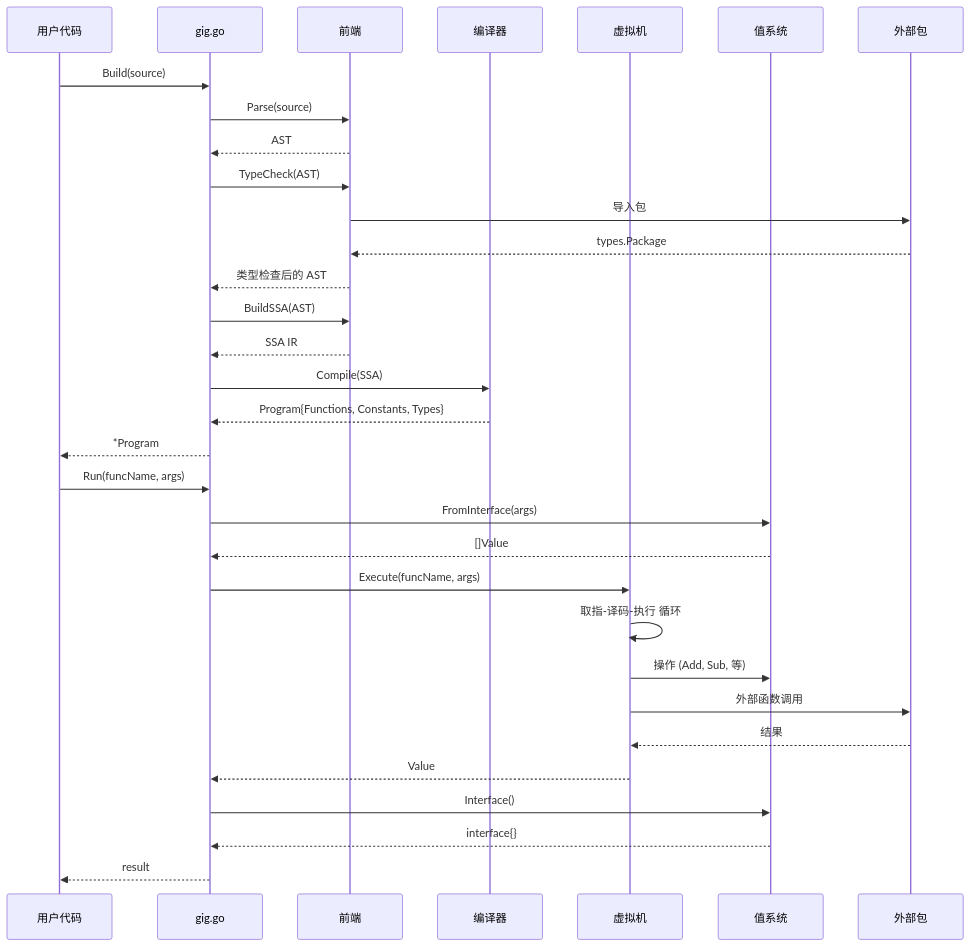
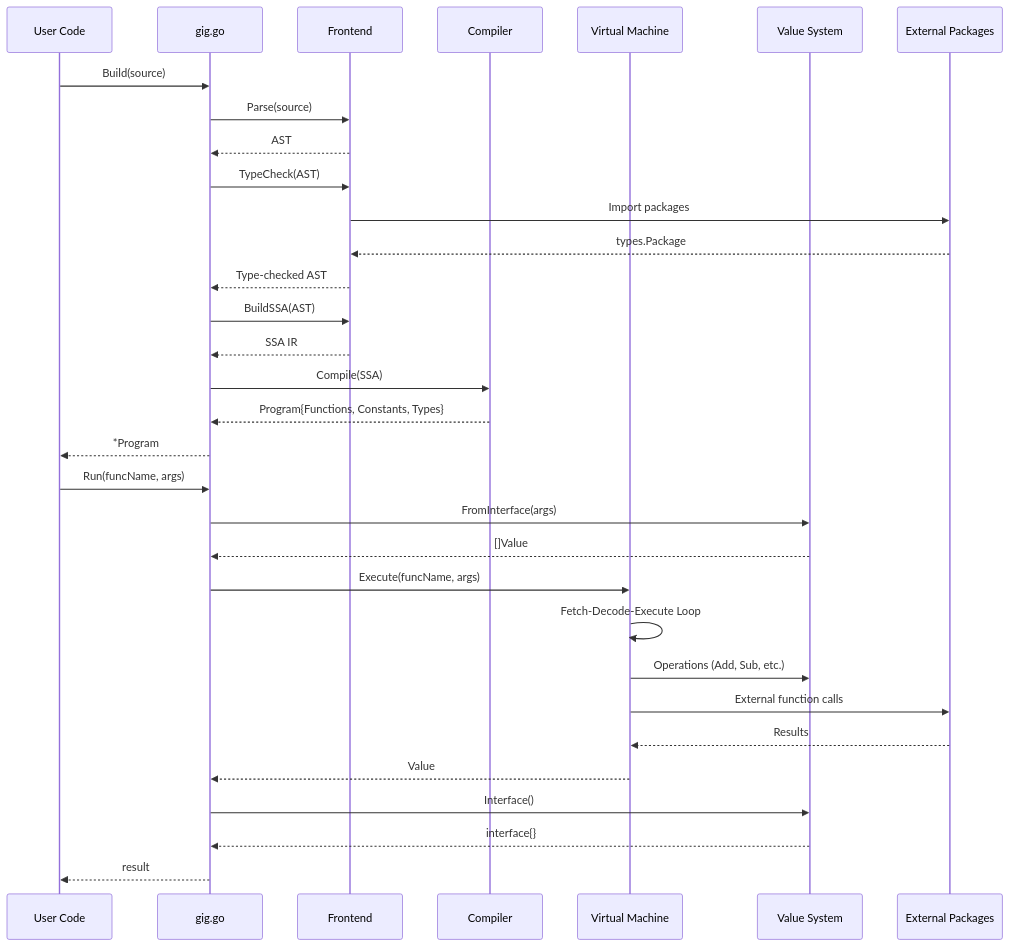
Before and after one commit to t04dJ14n9/gig: the third of 7 diagrams in README.md, drawn with Mermaid. The commit also changed other lines of this file and 2 other files, not shown here.

````diff
--- a/README.md
+++ b/README.md
@@ -470,36 +470,36 @@
 ```mermaid
 sequenceDiagram
-    participant User as 用户代码
+    participant User as User Code
     participant Gig as gig.go
-    participant Frontend as 前端
-    participant Comp as 编译器
-    participant VM as 虚拟机
-    participant Value as 值系统
-    participant Ext as 外部包
+    participant Frontend as Frontend
+    participant Comp as Compiler
+    participant VM as Virtual Machine
+    participant Value as Value System
+    participant Ext as External Packages
     
     User->>Gig: Build(source)
     Gig->>Frontend: Parse(source)
     Frontend-->>Gig: AST
     Gig->>Frontend: TypeCheck(AST)
-    Frontend->>Ext: 导入包
+    Frontend->>Ext: Import packages
     Ext-->>Frontend: types.Package
-    Frontend-->>Gig: 类型检查后的 AST
+    Frontend-->>Gig: Type-checked AST
     Gig->>Frontend: BuildSSA(AST)
     Frontend-->>Gig: SSA IR
     Gig->>Comp: Compile(SSA)
     Comp-->>Gig: Program{Functions, Constants, Types}
     Gig-->>User: *Program
     
     User->>Gig: Run(funcName, args)
     Gig->>Value: FromInterface(args)
     Value-->>Gig: []Value
     Gig->>VM: Execute(funcName, args)
-    VM->>VM: 取指-译码-执行 循环
-    VM->>Value: 操作 (Add, Sub, 等)
-    VM->>Ext: 外部函数调用
-    Ext-->>VM: 结果
+    VM->>VM: Fetch-Decode-Execute Loop
+    VM->>Value: Operations (Add, Sub, etc.)
+    VM->>Ext: External function calls
+    Ext-->>VM: Results
     VM-->>Gig: Value
     Gig->>Value: Interface()
     Value-->>Gig: interface{}
     Gig-->>User: result
 ```
````
